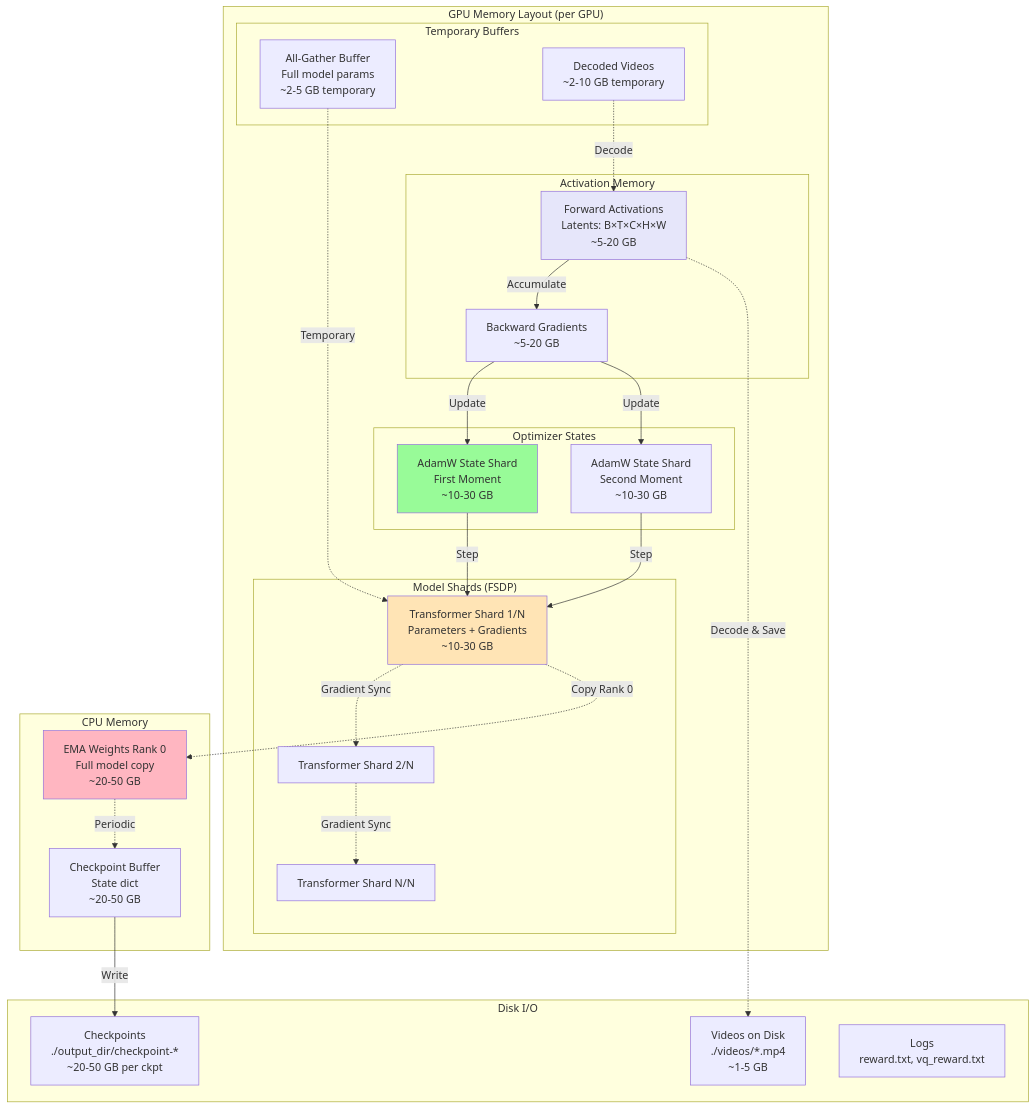
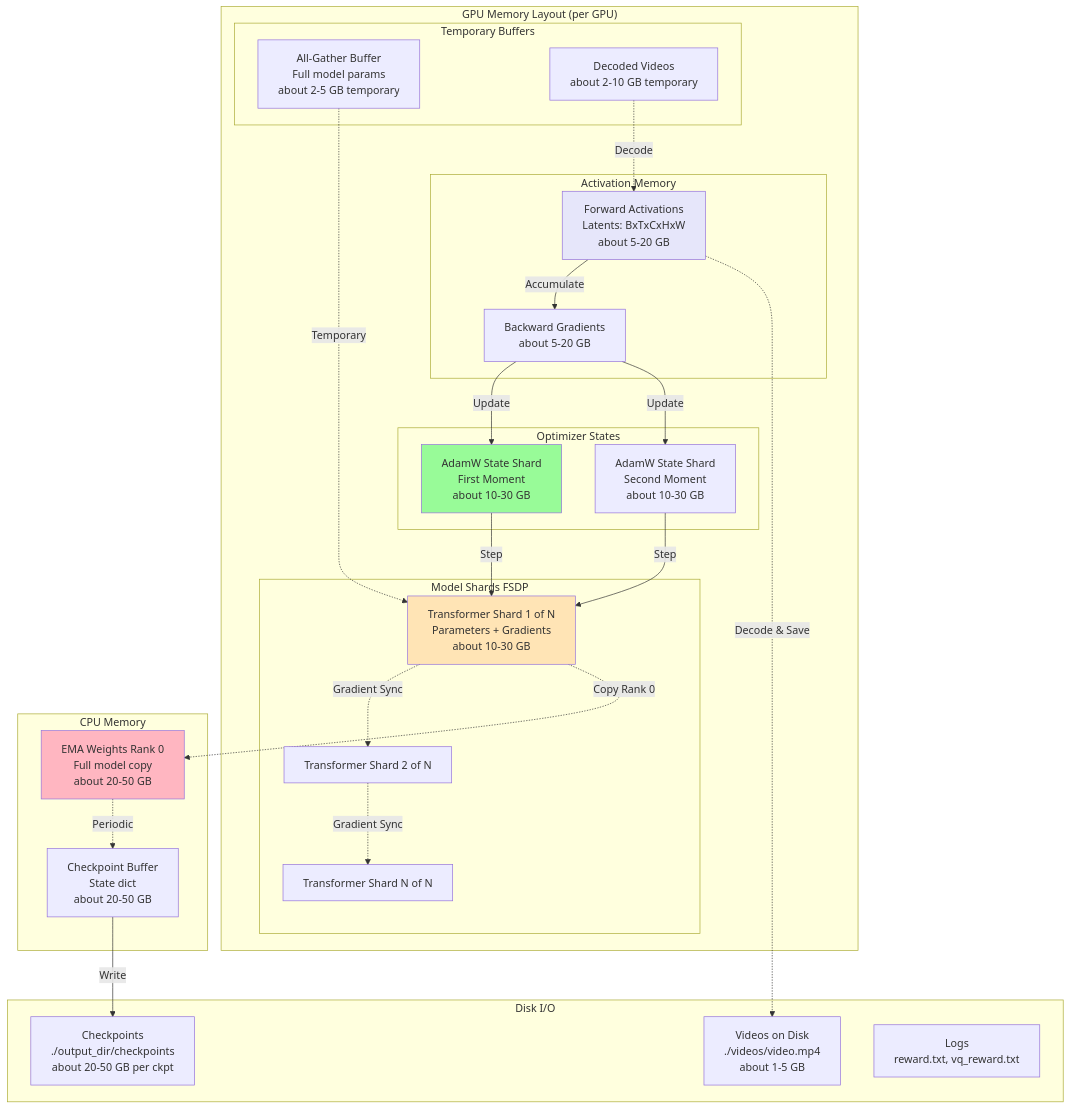
The fourth of 9 diagrams in grpo_software_architecture.md (hokindeng/DanceGRPO), drawn with Mermaid before and after one commit. The commit also changed other lines of this file, not shown here.

````diff
--- a/grpo_software_architecture.md
+++ b/grpo_software_architecture.md
@@ -219,60 +219,60 @@
 ```mermaid
 graph TB
     subgraph "GPU Memory Layout (per GPU)"
-        subgraph "Model Shards (FSDP)"
-            Shard1[Transformer Shard 1/N<br/>Parameters + Gradients<br/>~10-30 GB]
-            Shard2[Transformer Shard 2/N]
-            ShardN[Transformer Shard N/N]
+        subgraph "Model Shards FSDP"
+            Shard1[Transformer Shard 1 of N<br/>Parameters + Gradients<br/>about 10-30 GB]
+            Shard2[Transformer Shard 2 of N]
+            ShardN[Transformer Shard N of N]
         end
         
         subgraph "Activation Memory"
-            Forward[Forward Activations<br/>Latents: B×T×C×H×W<br/>~5-20 GB]
-            Backward[Backward Gradients<br/>~5-20 GB]
+            Forward[Forward Activations<br/>Latents: BxTxCxHxW<br/>about 5-20 GB]
+            Backward[Backward Gradients<br/>about 5-20 GB]
         end
         
         subgraph "Optimizer States"
-            Adam1[AdamW State Shard<br/>First Moment<br/>~10-30 GB]
-            Adam2[AdamW State Shard<br/>Second Moment<br/>~10-30 GB]
+            Adam1[AdamW State Shard<br/>First Moment<br/>about 10-30 GB]
+            Adam2[AdamW State Shard<br/>Second Moment<br/>about 10-30 GB]
         end
         
         subgraph "Temporary Buffers"
-            AllGather[All-Gather Buffer<br/>Full model params<br/>~2-5 GB temporary]
-            VideoBuffer[Decoded Videos<br/>~2-10 GB temporary]
+            AllGather[All-Gather Buffer<br/>Full model params<br/>about 2-5 GB temporary]
+            VideoBuffer[Decoded Videos<br/>about 2-10 GB temporary]
         end
     end
     
     subgraph "CPU Memory"
-        EMA[EMA Weights Rank 0<br/>Full model copy<br/>~20-50 GB]
-        Checkpoint[Checkpoint Buffer<br/>State dict<br/>~20-50 GB]
+        EMA[EMA Weights Rank 0<br/>Full model copy<br/>about 20-50 GB]
+        Checkpoint[Checkpoint Buffer<br/>State dict<br/>about 20-50 GB]
     end
     
     subgraph "Disk I/O"
-        Videos[Videos on Disk<br/>./videos/*.mp4<br/>~1-5 GB]
-        Ckpts[Checkpoints<br/>./output_dir/checkpoint-*<br/>~20-50 GB per ckpt]
+        Videos[Videos on Disk<br/>./videos/video.mp4<br/>about 1-5 GB]
+        Ckpts[Checkpoints<br/>./output_dir/checkpoints<br/>about 20-50 GB per ckpt]
         Logs[Logs<br/>reward.txt, vq_reward.txt]
     end
     
     Shard1 -.->|"Gradient Sync"| Shard2
     Shard2 -.->|"Gradient Sync"| ShardN
     
     Forward -->|"Accumulate"| Backward
     Backward -->|"Update"| Adam1
     Backward -->|"Update"| Adam2
     
     Adam1 -->|"Step"| Shard1
     Adam2 -->|"Step"| Shard1
     
     AllGather -.->|"Temporary"| Shard1
     VideoBuffer -.->|"Decode"| Forward
     
     Shard1 -.->|"Copy Rank 0"| EMA
     EMA -.->|"Periodic"| Checkpoint
     Checkpoint -->|"Write"| Ckpts
     
     Forward -.->|"Decode & Save"| Videos
     
     style Shard1 fill:#FFE4B5
     style Forward fill:#E6E6FA
     style Adam1 fill:#98FB98
     style EMA fill:#FFB6C1
 ```
````
